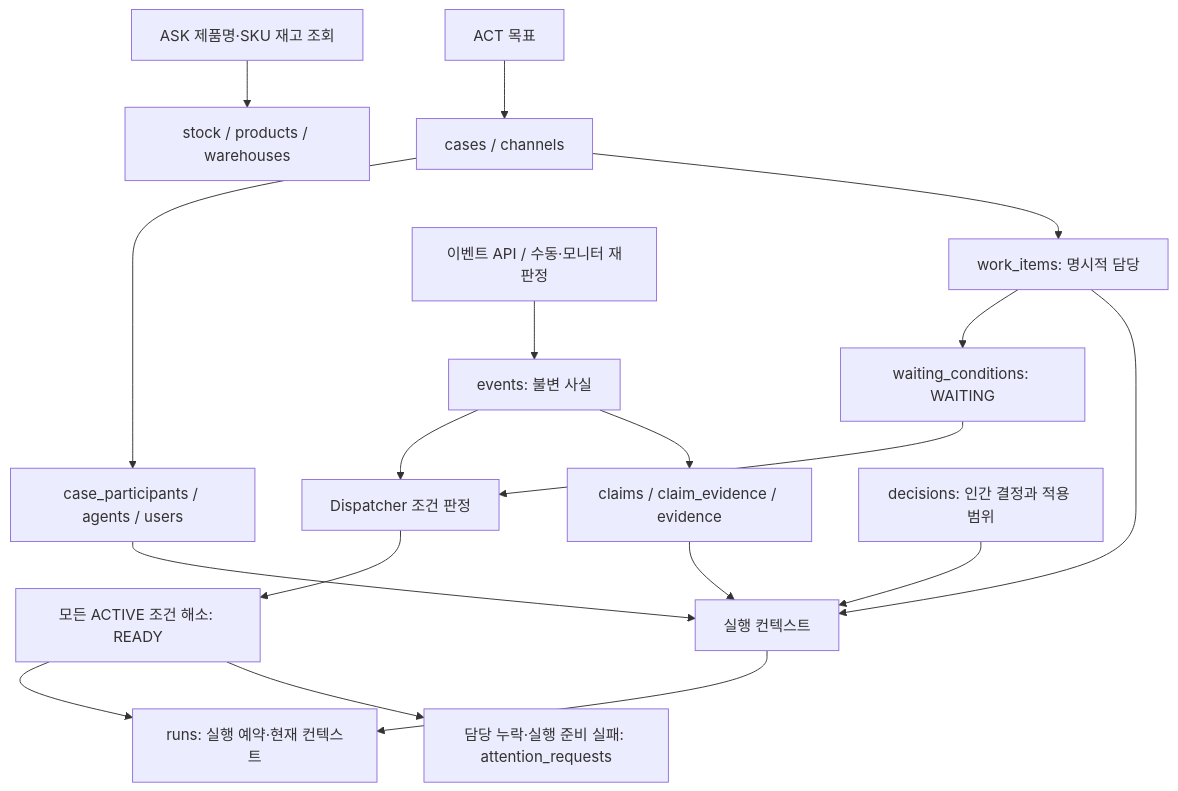
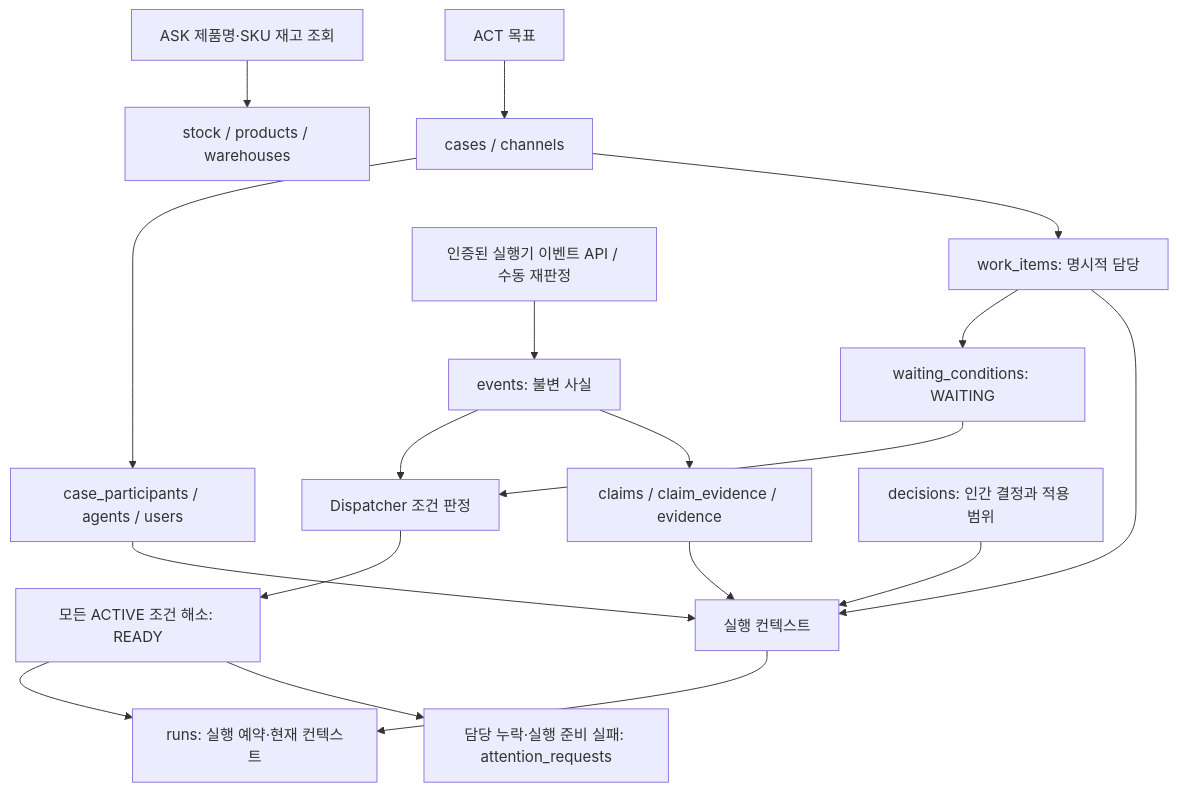
One commit to mulino-coreano/mulino-coreano-erp changed the second of 2 diagrams in docs/02_flow.md. Above: the diagram before and after it, drawn with Mermaid. The commit also changed other lines of this file and 54 other files, not shown here.

````diff
--- a/docs/02_flow.md
+++ b/docs/02_flow.md
@@ -238,20 +238,20 @@
 ```mermaid
 flowchart TD
     Query[ASK 제품명·SKU 재고 조회] --> ERP[stock / products / warehouses]
     Objective[ACT 목표] --> Case[cases / channels]
     Case --> Participants[case_participants / agents / users]
     Case --> Work[work_items: 명시적 담당]
     Work --> Waiting[waiting_conditions: WAITING]
-    Input[이벤트 API / 수동·모니터 재판정] --> Event[events: 불변 사실]
+    Input[인증된 실행기 이벤트 API / 수동 재판정] --> Event[events: 불변 사실]
     Event --> Match[Dispatcher 조건 판정]
     Waiting --> Match
     Match --> Ready[모든 ACTIVE 조건 해소: READY]
     Ready --> Run[runs: 실행 예약·현재 컨텍스트]
     Ready --> Attention[담당 누락·실행 준비 실패: attention_requests]
     Event --> Link[claims / claim_evidence / evidence]
     Decision[decisions: 인간 결정과 적용 범위] --> Context[실행 컨텍스트]
     Participants --> Context
     Work --> Context
     Link --> Context
     Context --> Run
 ```
````
